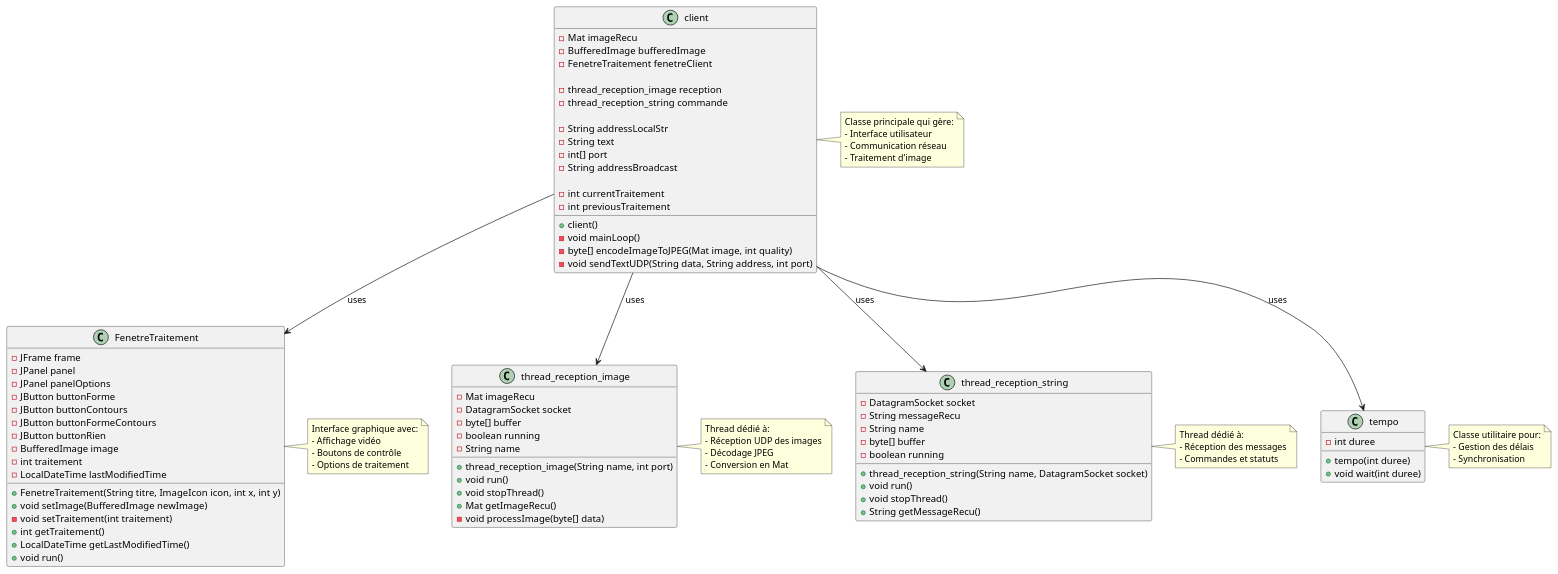
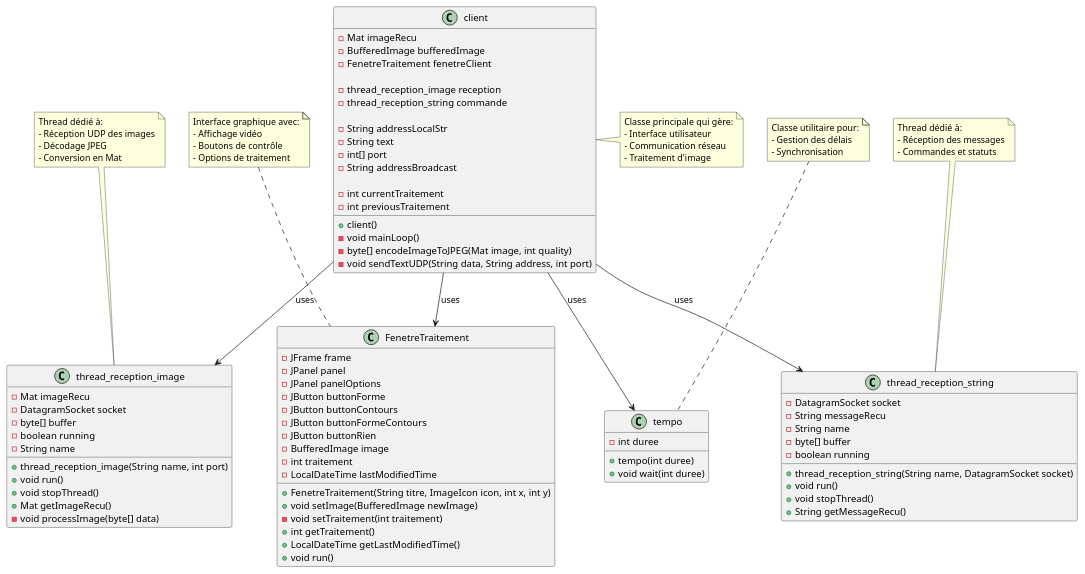
One commit to MIAOU2922/Projet_2025 changed the diagram in version_full_v3/drone_image_full/class_client.plantuml. Above: the diagram before and after it, drawn with PlantUML. The commit also changed 9 other files, not shown here.

```diff
--- a/version_full_v3/drone_image_full/class_client.plantuml
+++ b/version_full_v3/drone_image_full/class_client.plantuml
@@ -1,123 +1,123 @@
 @startuml client_class
 
 class client {
     ' Attributs image
     -Mat imageRecu
     -BufferedImage bufferedImage
     -FenetreTraitement fenetreClient
     
     ' Threads
     -thread_reception_image reception
     -thread_reception_string commande
     
     ' Attributs réseau
     -String addressLocalStr
     -String text
     -int[] port
     -String addressBroadcast
     
     ' Attributs traitement
     -int currentTraitement
     -int previousTraitement
     
     ' Méthodes
     +client()
     -void mainLoop()
     -byte[] encodeImageToJPEG(Mat image, int quality)
     -void sendTextUDP(String data, String address, int port)
 }
 
 class FenetreTraitement {
     -JFrame frame
     -JPanel panel
     -JPanel panelOptions
     -JButton buttonForme
     -JButton buttonContours
     -JButton buttonFormeContours
     -JButton buttonRien
     -BufferedImage image
     -int traitement
     -LocalDateTime lastModifiedTime
     
     +FenetreTraitement(String titre, ImageIcon icon, int x, int y)
     +void setImage(BufferedImage newImage)
     -void setTraitement(int traitement)
     +int getTraitement()
     +LocalDateTime getLastModifiedTime()
     +void run()
 }
 
 class thread_reception_image {
     -Mat imageRecu
     -DatagramSocket socket
     -byte[] buffer
     -boolean running
     -String name
     
     +thread_reception_image(String name, int port)
     +void run()
     +void stopThread()
     +Mat getImageRecu()
     -void processImage(byte[] data)
 }
 
 class thread_reception_string {
     -DatagramSocket socket
     -String messageRecu
     -String name
     -byte[] buffer
     -boolean running
     
     +thread_reception_string(String name, DatagramSocket socket)
     +void run()
     +void stopThread()
     +String getMessageRecu()
 }
 
 class tempo {
     -int duree
     
     +tempo(int duree)
     +void wait(int duree)
 }
 
 ' Relations
 client --> FenetreTraitement : uses
 client --> thread_reception_image : uses
 client --> thread_reception_string : uses
 client --> tempo : uses
 
 note right of client
     Classe principale qui gère:
     - Interface utilisateur
     - Communication réseau
     - Traitement d'image
 end note
 
-note right of FenetreTraitement
+note top of FenetreTraitement
     Interface graphique avec:
     - Affichage vidéo
     - Boutons de contrôle
     - Options de traitement
 end note
 
-note right of thread_reception_image
+note top of thread_reception_image
     Thread dédié à:
     - Réception UDP des images
     - Décodage JPEG
     - Conversion en Mat
 end note
 
-note right of thread_reception_string
+note top of thread_reception_string
     Thread dédié à:
     - Réception des messages
     - Commandes et statuts
 end note
 
-note right of tempo
+note top of tempo
     Classe utilitaire pour:
     - Gestion des délais
     - Synchronisation
 end note
 
 @enduml
```
